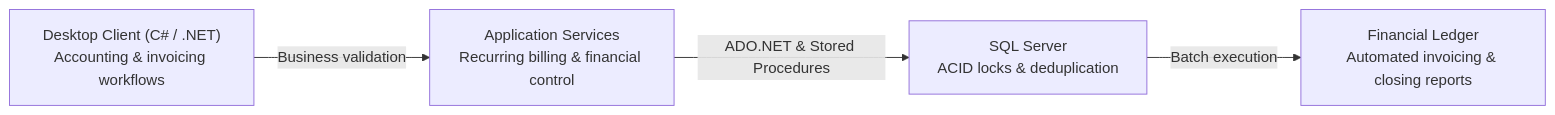
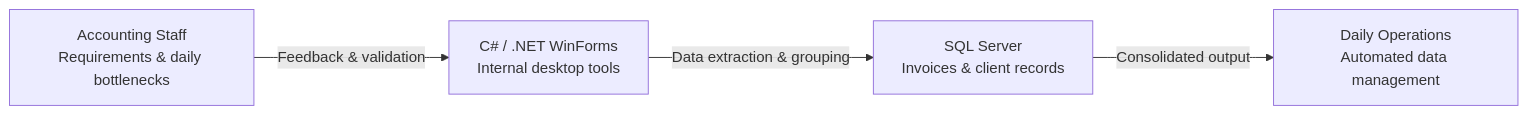
Before and after one commit to Rorro101004/Rorro101004: the first of 3 diagrams in README.md, drawn with Mermaid. The commit also changed other lines of this file and 1 other file, not shown here.

````diff
--- a/README.md
+++ b/README.md
@@ -61,6 +61,6 @@
 ```mermaid
 flowchart LR
-    A["Desktop Client (C# / .NET)<br/>Accounting & invoicing workflows"] -->|Business validation| B["Application Services<br/>Recurring billing & financial control"]
-    B -->|ADO.NET & Stored Procedures| C["SQL Server<br/>ACID locks & deduplication"]
-    C -->|Batch execution| D["Financial Ledger<br/>Automated invoicing & closing reports"]
+    A["Accounting Staff<br/>Requirements & daily bottlenecks"] -->|Feedback & validation| B["C# / .NET WinForms<br/>Internal desktop tools"]
+    B -->|Data extraction & grouping| C["SQL Server<br/>Invoices & client records"]
+    C -->|Consolidated output| D["Daily Operations<br/>Automated data management"]
 ```
````
